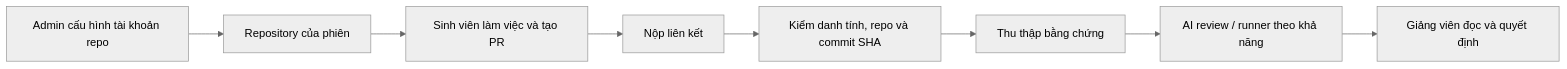
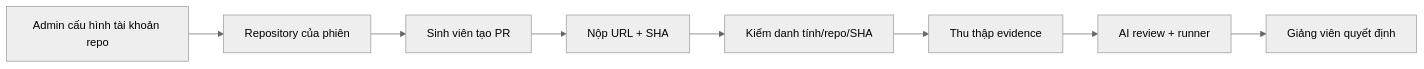
One commit to vanhoi04082006-pixel/V-Intern-BE changed the second of 2 diagrams in docs/HANDOVER.md. Above: the diagram before and after it, drawn with Mermaid (neutral theme). The commit also changed other lines of this file and 23 other files, not shown here.

````diff
--- a/docs/HANDOVER.md
+++ b/docs/HANDOVER.md
@@ -153,10 +157,10 @@
 ```mermaid
 flowchart LR
   A[Admin cấu hình tài khoản repo] --> B[Repository của phiên]
-  B --> C[Sinh viên làm việc và tạo PR]
-  C --> D[Nộp liên kết]
-  D --> E[Kiểm danh tính, repo và commit SHA]
-  E --> F[Thu thập bằng chứng]
-  F --> G[AI review / runner theo khả năng]
-  G --> H[Giảng viên đọc và quyết định]
+  B --> C[Sinh viên tạo PR]
+  C --> D[Nộp URL + SHA]
+  D --> E[Kiểm danh tính/repo/SHA]
+  E --> F[Thu thập evidence]
+  F --> G[AI review + runner]
+  G --> H[Giảng viên quyết định]
 ```
````
